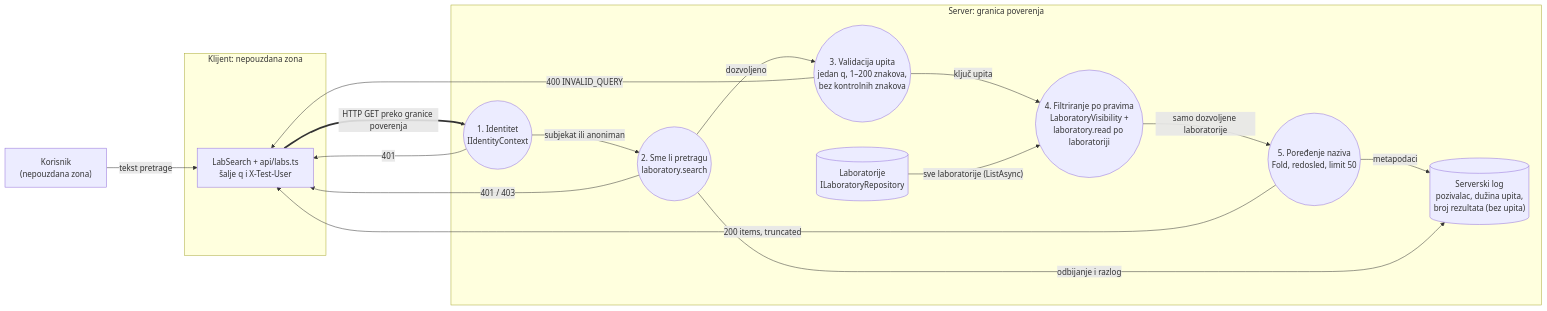
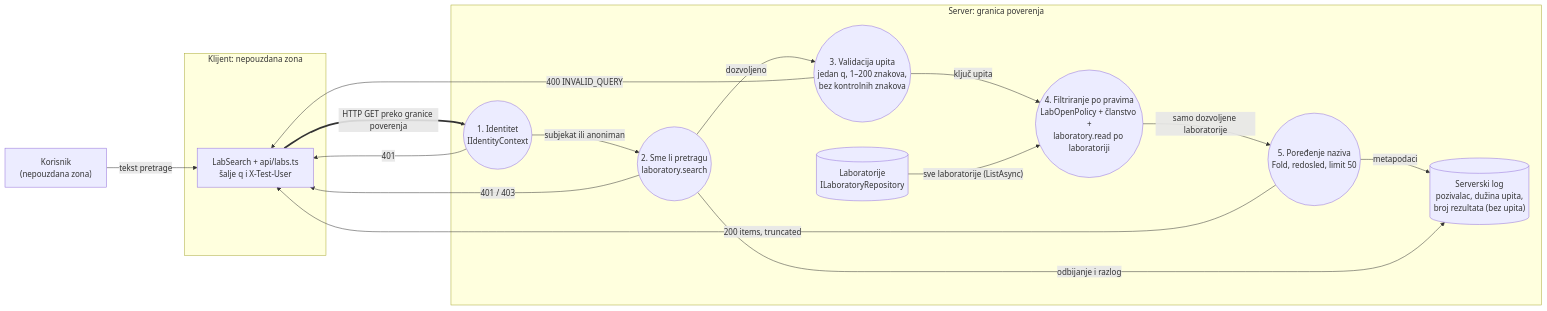
Before and after one commit to djufa762x39/security-lab: the second of 2 diagrams in docs/components/LAB-05-search.md, drawn with Mermaid. The commit also changed other lines of this file and 8 other files, not shown here.

````diff
--- a/docs/components/LAB-05-search.md
+++ b/docs/components/LAB-05-search.md
@@ -94,32 +97,32 @@
 ```mermaid
 flowchart LR
   U["Korisnik<br/>(nepouzdana zona)"] -->|"tekst pretrage"| FE
 
   subgraph CLIENT["Klijent: nepouzdana zona"]
     FE["LabSearch + api/labs.ts<br/>šalje q i X-Test-User"]
   end
 
   subgraph SERVER["Server: granica poverenja"]
     P1(("1. Identitet<br/>IIdentityContext"))
     P2(("2. Sme li pretragu<br/>laboratory.search"))
     P3(("3. Validacija upita<br/>jedan q, 1–200 znakova,<br/>bez kontrolnih znakova"))
-    P4(("4. Filtriranje po pravima<br/>LaboratoryVisibility +<br/>laboratory.read po laboratoriji"))
+    P4(("4. Filtriranje po pravima<br/>LabOpenPolicy + članstvo +<br/>laboratory.read po laboratoriji"))
     P5(("5. Poređenje naziva<br/>Fold, redosled, limit 50"))
     D1[("Laboratorije<br/>ILaboratoryRepository")]
     LOG[("Serverski log<br/>pozivalac, dužina upita,<br/>broj rezultata (bez upita)")]
 
     P1 -->|"subjekat ili anoniman"| P2
     P2 -->|"dozvoljeno"| P3
     P3 -->|"ključ upita"| P4
     D1 -->|"sve laboratorije (ListAsync)"| P4
     P4 -->|"samo dozvoljene laboratorije"| P5
     P5 -->|"metapodaci"| LOG
     P2 -->|"odbijanje i razlog"| LOG
   end
 
   FE ==>|"HTTP GET preko granice poverenja"| P1
   P1 -->|"401"| FE
   P2 -->|"401 / 403"| FE
   P3 -->|"400 INVALID_QUERY"| FE
   P5 -->|"200 items, truncated"| FE
 ```
````
